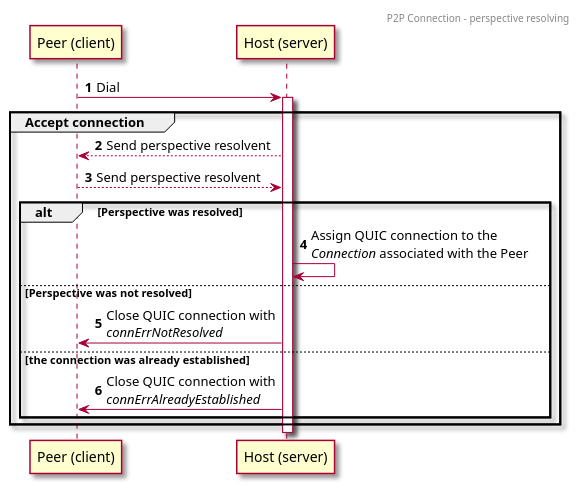
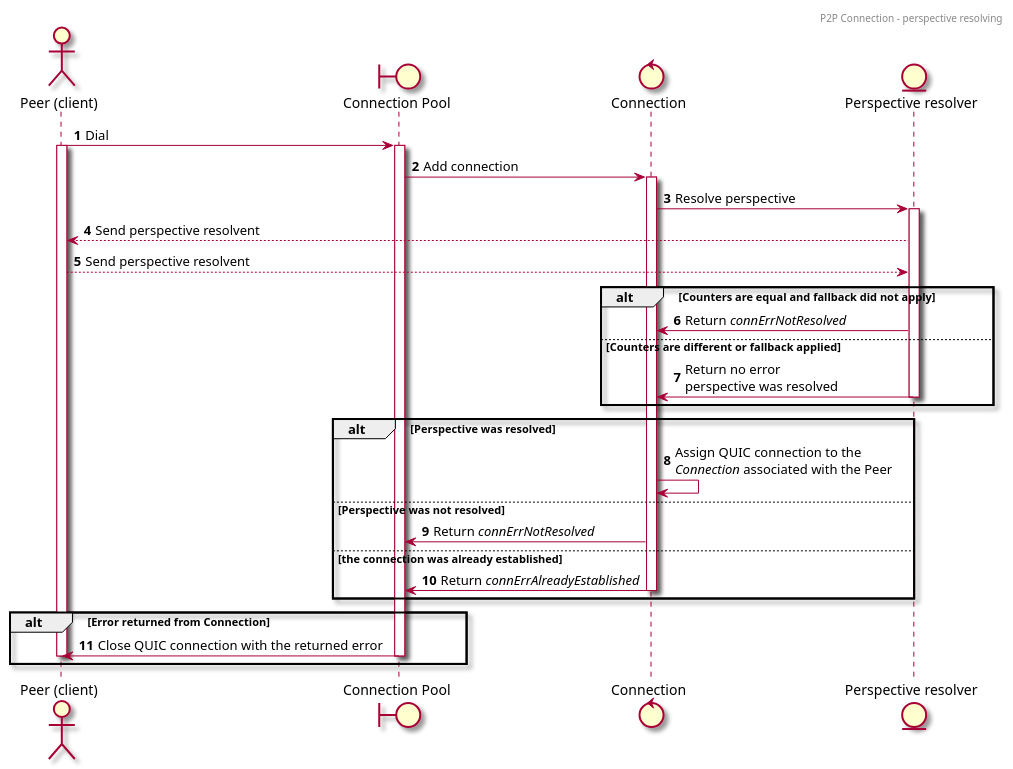
One commit to Zamerykanizowana/replicated-file-system changed the diagram in docs/perspective_resolving.puml. Above: the diagram before and after it, drawn with PlantUML. The commit also changed 1 other file, not shown here.

Commit message:
chore(docs): update perspective_resolving diagram

```diff
--- a/docs/perspective_resolving.puml
+++ b/docs/perspective_resolving.puml
@@ -1,26 +1,41 @@
 @startuml
 'https://plantuml.com/sequence-diagram
 
 skin rose
 
 header P2P Connection - perspective resolving
 
-participant "Peer (client)" as Peer
-participant "Host (server)" as Host
+actor "Peer (client)" as Peer
+boundary "Connection Pool" as pool
+control Connection as conn
+entity "Perspective resolver" as resolver
 
 autonumber
 
-Peer -> Host ++ : Dial
-group Accept connection
-    Host --> Peer: Send perspective resolvent
-    Peer --> Host: Send perspective resolvent
-    alt Perspective was resolved
-        Host -> Host: Assign QUIC connection to the\n//Connection// associated with the Peer
-    else Perspective was not resolved
-        Host -> Peer: Close QUIC connection with\n//connErrNotResolved//
-    else the connection was already established
-        Host -> Peer: Close QUIC connection with\n//connErrAlreadyEstablished//
-    end
+Peer -> pool ++ : Dial
+activate Peer
+pool -> conn ++ : Add connection
+conn -> resolver ++ : Resolve perspective
+resolver --> Peer: Send perspective resolvent
+Peer --> resolver : Send perspective resolvent
+
+alt Counters are equal and fallback did not apply
+    resolver -> conn : Return //connErrNotResolved//
+else Counters are different or fallback applied
+    resolver -> conn -- : Return no error\nperspective was resolved
+end
+
+alt Perspective was resolved
+    conn -> conn : Assign QUIC connection to the\n//Connection// associated with the Peer
+else Perspective was not resolved
+    conn -> pool : Return //connErrNotResolved//
+else the connection was already established
+    conn -> pool -- : Return //connErrAlreadyEstablished//
+end
+
+alt Error returned from Connection
+    pool -> Peer -- : Close QUIC connection with the returned error
+    deactivate Peer
 end
 
 @enduml
```
